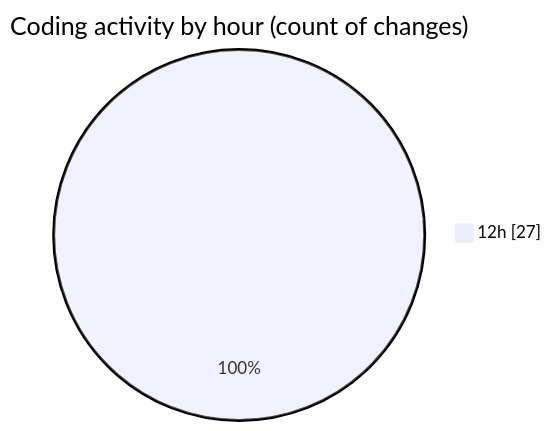
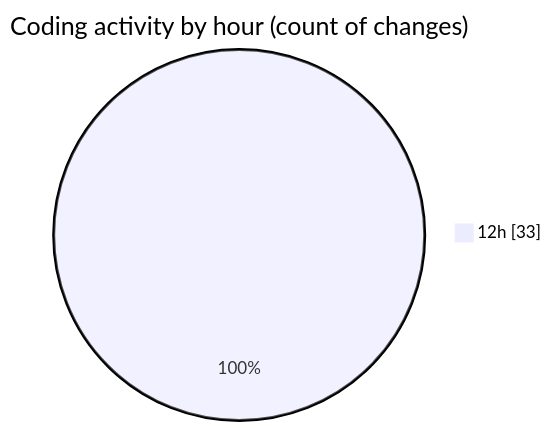
The second of 2 diagrams in 2025-12-02/cda/README.md (momahboobian/code-tracking), drawn with Mermaid before and after one commit. The commit also changed other lines of this file and 1 other file, not shown here.

````diff
--- a/2025-12-02/cda/README.md
+++ b/2025-12-02/cda/README.md
@@ -32,5 +32,5 @@
 ```mermaid
 pie showData
 title Coding activity by hour (count of changes)
-"12h" : 27
+"12h" : 33
 ```
````
